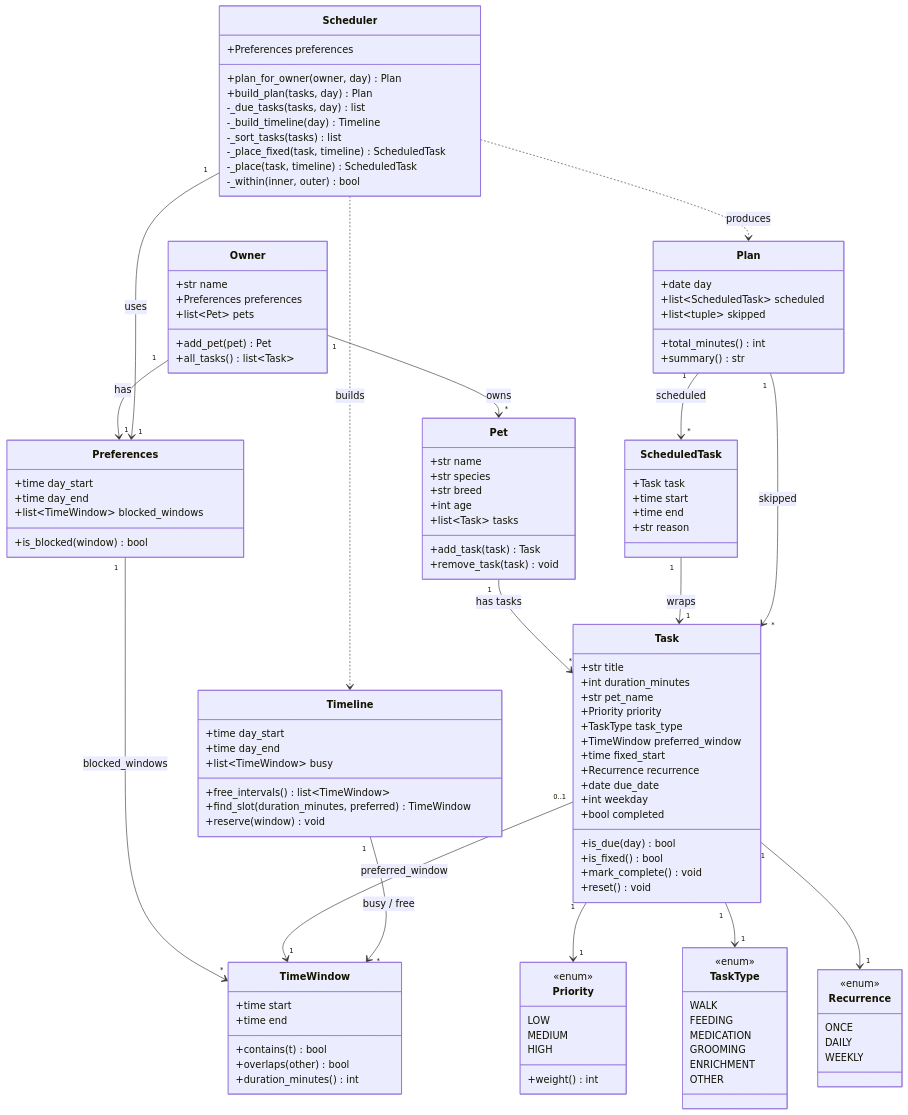
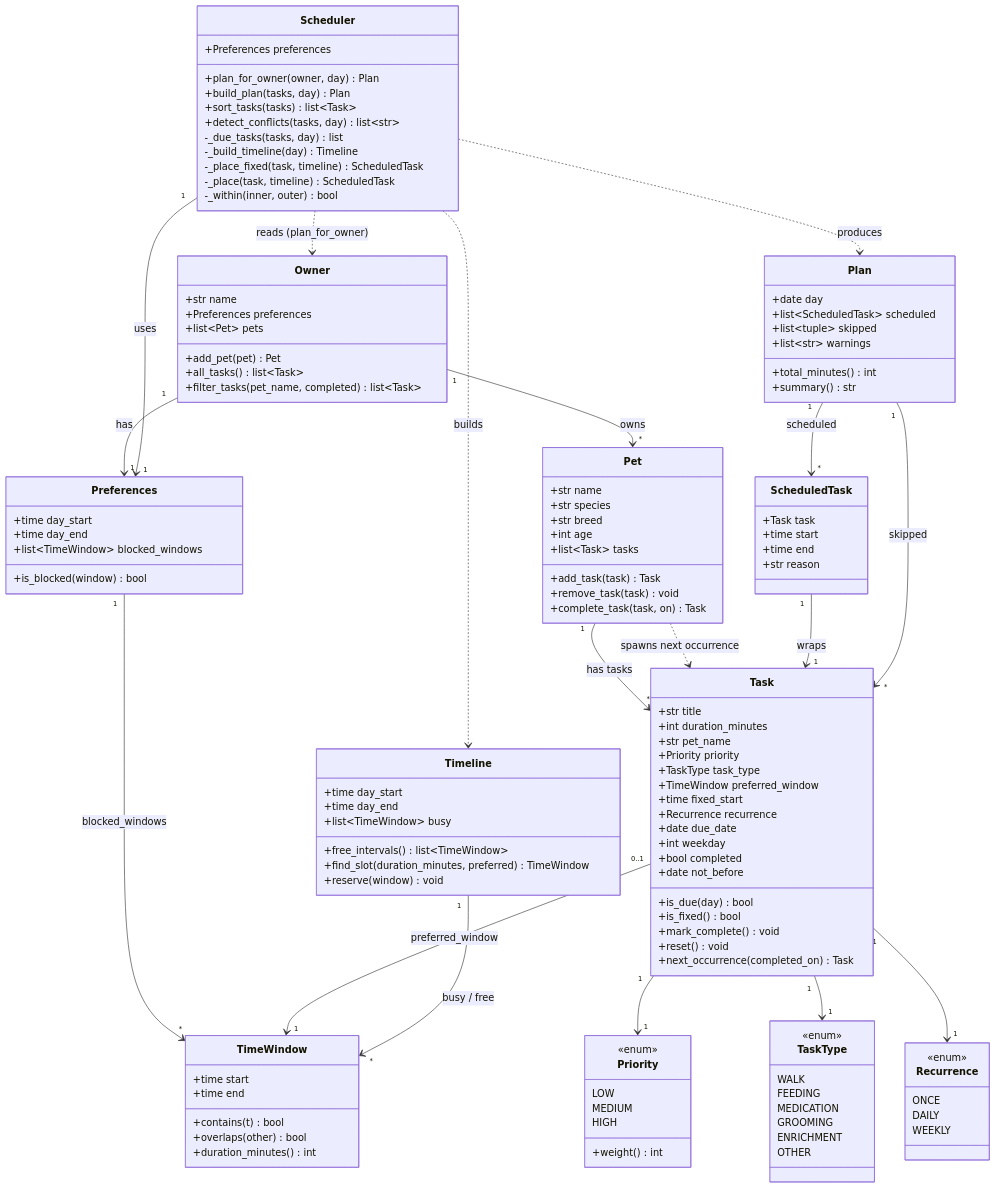
The diagram in diagrams/uml.mmd (lPhotograph/ai110-module2show-pawpal-starter), drawn with Mermaid before and after one commit. The commit also changed 4 other files, not shown here.

```diff
--- a/diagrams/uml.mmd
+++ b/diagrams/uml.mmd
@@ -56,10 +56,12 @@
         +date due_date
         +int weekday
         +bool completed
+        +date not_before
         +is_due(day) bool
         +is_fixed() bool
         +mark_complete() void
         +reset() void
+        +next_occurrence(completed_on) Task
     }
 
     class Pet {
@@ -70,6 +72,7 @@
         +list~Task~ tasks
         +add_task(task) Task
         +remove_task(task) void
+        +complete_task(task, on) Task
     }
 
     class Owner {
@@ -78,6 +81,7 @@
         +list~Pet~ pets
         +add_pet(pet) Pet
         +all_tasks() list~Task~
+        +filter_tasks(pet_name, completed) list~Task~
     }
 
     class ScheduledTask {
@@ -91,6 +95,7 @@
         +date day
         +list~ScheduledTask~ scheduled
         +list~tuple~ skipped
+        +list~str~ warnings
         +total_minutes() int
         +summary() str
     }
@@ -108,9 +113,10 @@
         +Preferences preferences
         +plan_for_owner(owner, day) Plan
         +build_plan(tasks, day) Plan
+        +sort_tasks(tasks) list~Task~
+        +detect_conflicts(tasks, day) list~str~
         -_due_tasks(tasks, day) list
         -_build_timeline(day) Timeline
-        -_sort_tasks(tasks) list
         -_place_fixed(task, timeline) ScheduledTask
         -_place(task, timeline) ScheduledTask
         -_within(inner, outer) bool
@@ -119,6 +125,7 @@
     Owner "1" --> "1" Preferences : has
     Owner "1" --> "*" Pet : owns
     Pet "1" --> "*" Task : has tasks
+    Pet ..> Task : spawns next occurrence
     Preferences "1" --> "*" TimeWindow : blocked_windows
     Task "1" --> "1" Priority
     Task "1" --> "1" TaskType
@@ -128,6 +135,7 @@
     Plan "1" --> "*" ScheduledTask : scheduled
     Plan "1" --> "*" Task : skipped
     Scheduler "1" --> "1" Preferences : uses
+    Scheduler ..> Owner : reads (plan_for_owner)
     Scheduler ..> Timeline : builds
     Scheduler ..> Plan : produces
     Timeline "1" --> "*" TimeWindow : busy / free
```
